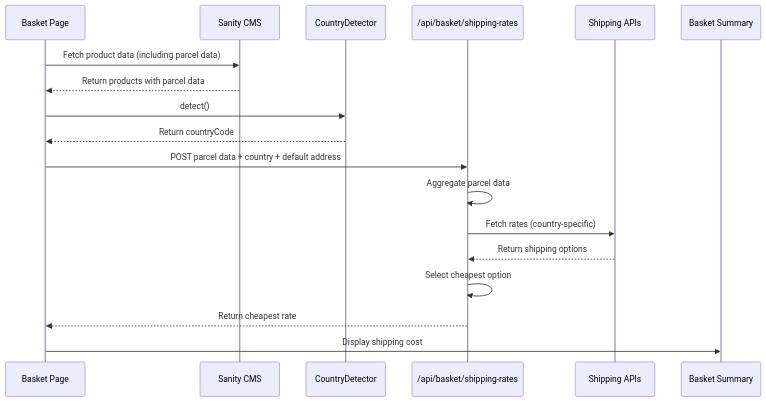
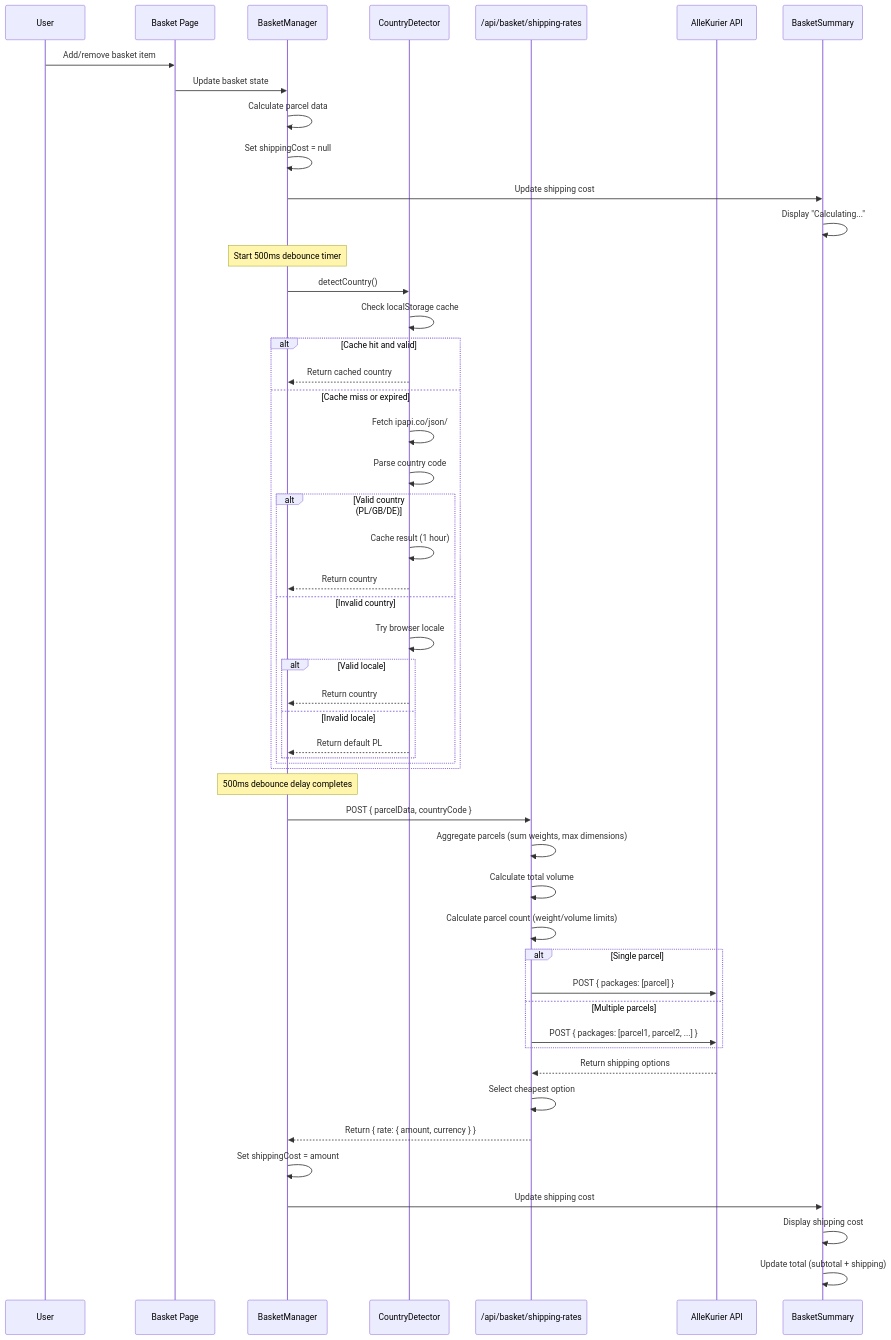
The first of 5 diagrams in docs/basket/shipping-cost/TECHNICAL DIAGRAM.md (munrhalls/sanglogium), drawn with Mermaid before and after one commit. The commit also changed other lines of this file and 6 other files, not shown here.

First line of the commit message:
docs: re-document shipping-cost functionality

````diff
--- a/docs/basket/shipping-cost/TECHNICAL DIAGRAM.md
+++ b/docs/basket/shipping-cost/TECHNICAL DIAGRAM.md
@@ -29,21 +5,54 @@
 ```mermaid
 sequenceDiagram
+    participant User as User
     participant Page as Basket Page
-    participant CMS as Sanity CMS
+    participant Manager as BasketManager
     participant Detector as CountryDetector
     participant API as /api/basket/shipping-rates
-    participant ShipAPI as Shipping APIs
-    participant Summary as Basket Summary
+    participant AlleKurier as AlleKurier API
+    participant UI as BasketSummary
 
-    Page->>CMS: Fetch product data (including parcel data)
-    CMS-->>Page: Return products with parcel data
-    Page->>Detector: detect()
-    Detector-->>Page: Return countryCode
-    Page->>API: POST parcel data + country + default address
-    API->>API: Aggregate parcel data
-    API->>ShipAPI: Fetch rates (country-specific)
-    ShipAPI-->>API: Return shipping options
+    User->>Page: Add/remove basket item
+    Page->>Manager: Update basket state
+    Manager->>Manager: Calculate parcel data
+    Manager->>Manager: Set shippingCost = null
+    Manager->>UI: Update shipping cost
+    UI->>UI: Display "Calculating..."
+    Note over Manager: Start 500ms debounce timer
+    Manager->>Detector: detectCountry()
+    Detector->>Detector: Check localStorage cache
+    alt Cache hit and valid
+        Detector-->>Manager: Return cached country
+    else Cache miss or expired
+        Detector->>Detector: Fetch ipapi.co/json/
+        Detector->>Detector: Parse country code
+        alt Valid country (PL/GB/DE)
+            Detector->>Detector: Cache result (1 hour)
+            Detector-->>Manager: Return country
+        else Invalid country
+            Detector->>Detector: Try browser locale
+            alt Valid locale
+                Detector-->>Manager: Return country
+            else Invalid locale
+                Detector-->>Manager: Return default PL
+            end
+        end
+    end
+    Note over Manager: 500ms debounce delay completes
+    Manager->>API: POST { parcelData, countryCode }
+    API->>API: Aggregate parcels (sum weights, max dimensions)
+    API->>API: Calculate total volume
+    API->>API: Calculate parcel count (weight/volume limits)
+    alt Single parcel
+        API->>AlleKurier: POST { packages: [parcel] }
+    else Multiple parcels
+        API->>AlleKurier: POST { packages: [parcel1, parcel2, ...] }
+    end
+    AlleKurier-->>API: Return shipping options
     API->>API: Select cheapest option
-    API-->>Page: Return cheapest rate
-    Page->>Summary: Display shipping cost
+    API-->>Manager: Return { rate: { amount, currency } }
+    Manager->>Manager: Set shippingCost = amount
+    Manager->>UI: Update shipping cost
+    UI->>UI: Display shipping cost
+    UI->>UI: Update total (subtotal + shipping)
 ```
````
